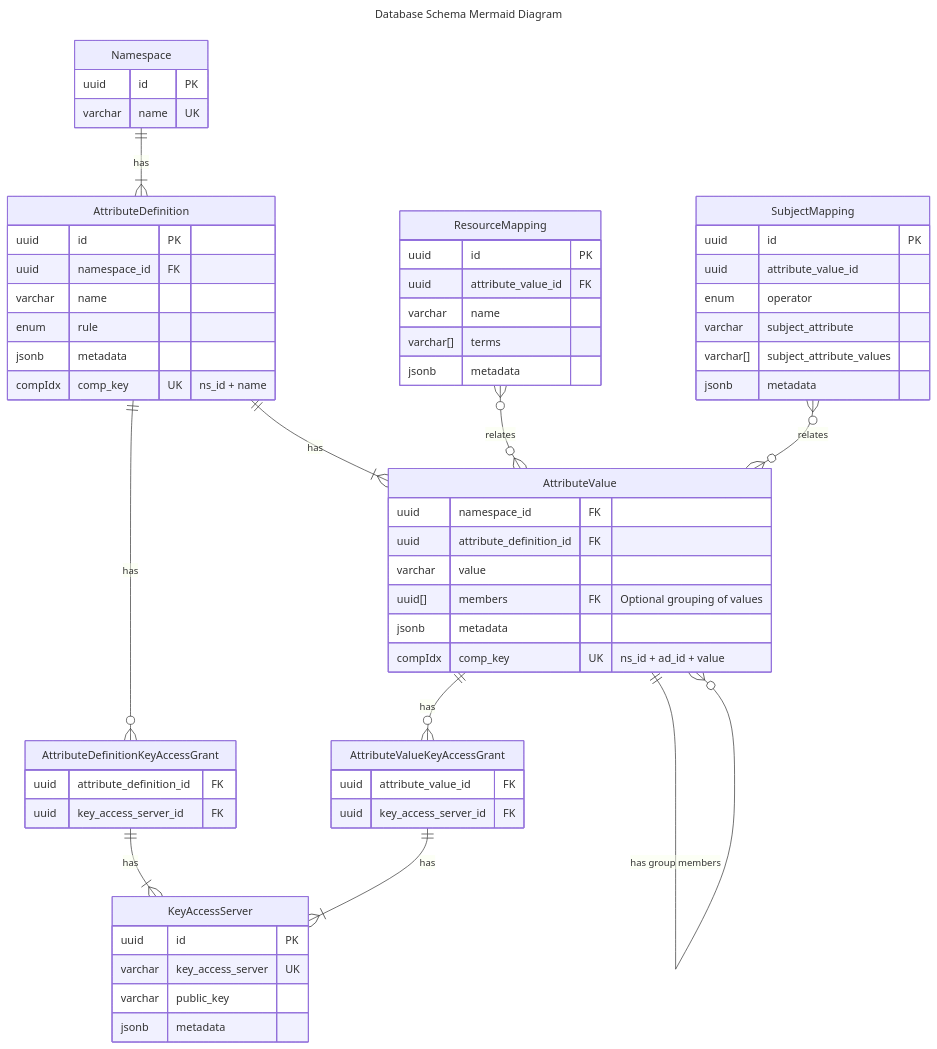
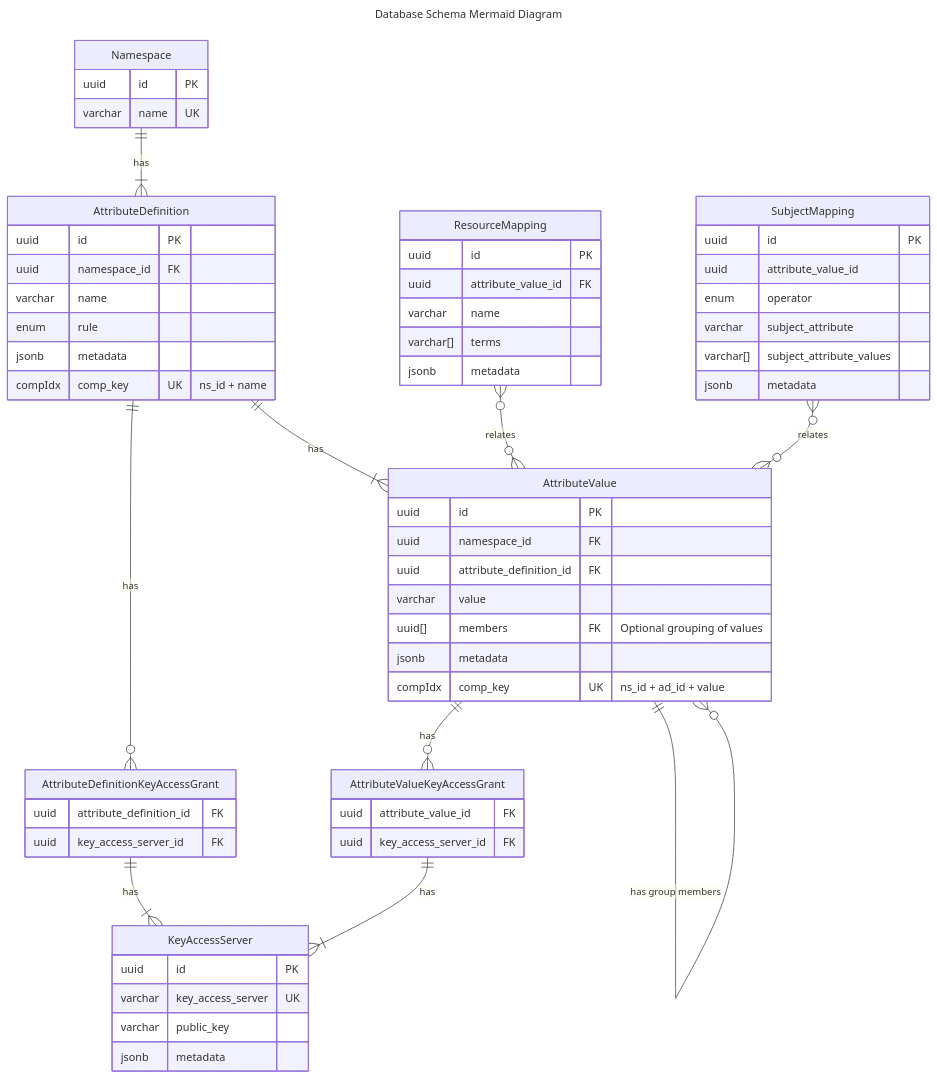
One commit to opentdf/platform changed the diagram in migrations/20240118000000_diagram.md. Above: the diagram before and after it, drawn with Mermaid.

Commit message:
make sure diagram reflects id field in attribute values table

```diff
--- a/migrations/20240118000000_diagram.md
+++ b/migrations/20240118000000_diagram.md
@@ -50,6 +50,7 @@
     }
 
     AttributeValue {
+        uuid         id                      PK
         uuid         namespace_id            FK
         uuid         attribute_definition_id FK
         varchar      value
```
